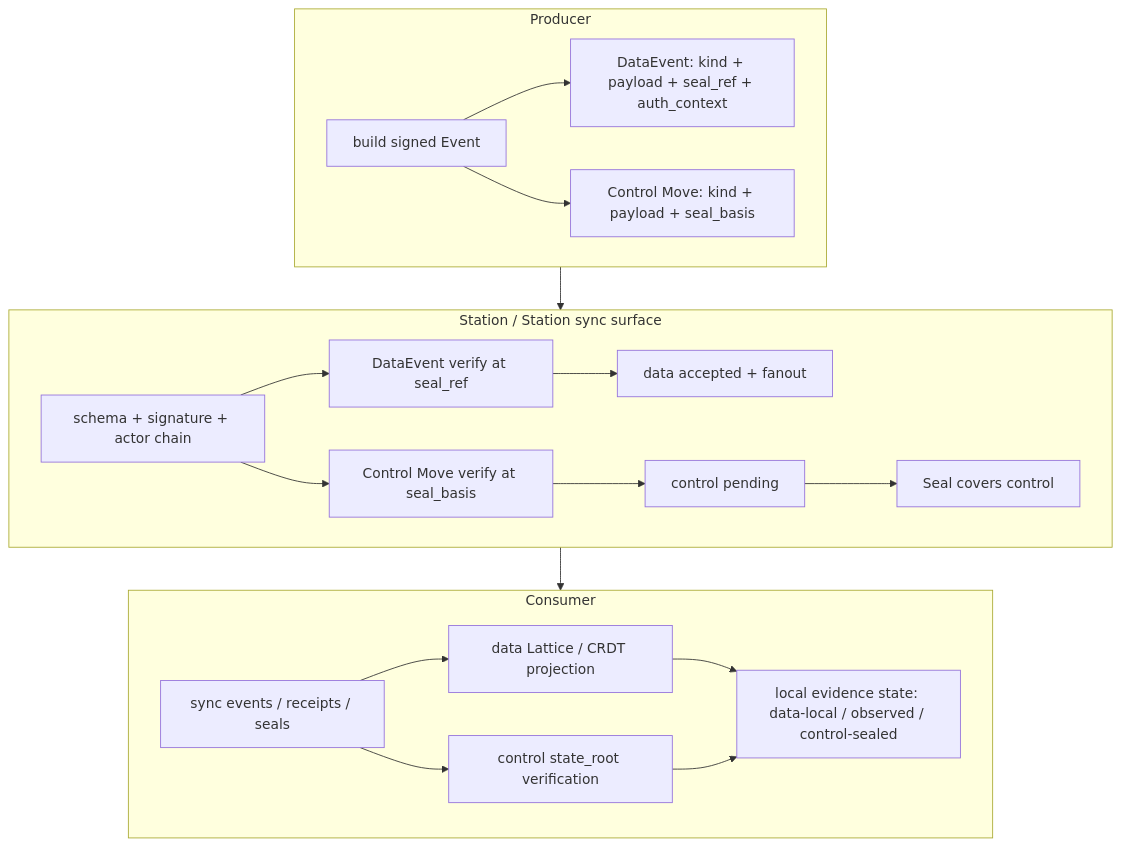
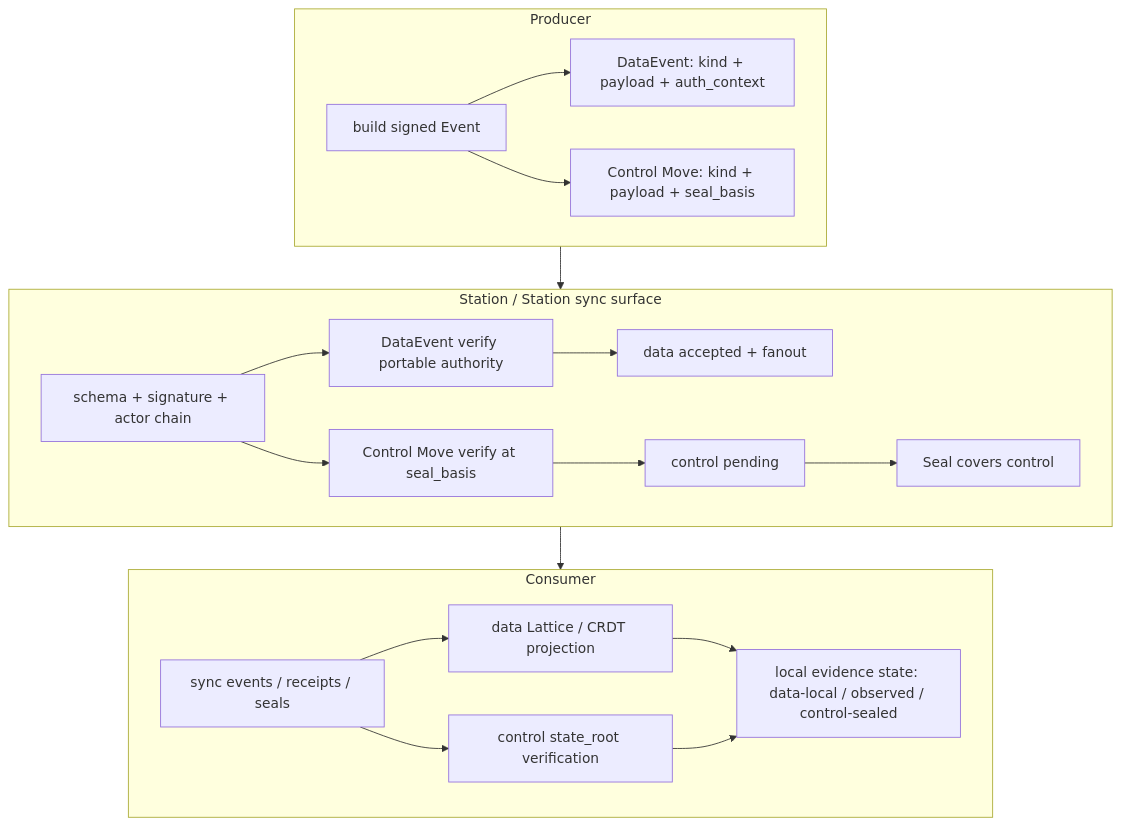
The diagram in spec/v1/zh/sync/operations-sync.md (arkret-org/arkret-spec), drawn with Mermaid before and after one commit. The commit also changed other lines of this file and 189 other files, not shown here.

Commit message:
Separate ordinary admission from sequenced safety state

````diff
--- a/spec/v1/zh/sync/operations-sync.md
+++ b/spec/v1/zh/sync/operations-sync.md
@@ -148,32 +142,32 @@
 ```mermaid
 flowchart TB
     subgraph P ["Producer"]
         P1["build signed Event"]
-        P2["DataEvent: kind + payload + seal_ref + auth_context"]
+        P2["DataEvent: kind + payload + auth_context"]
         P3["Control Move: kind + payload + seal_basis"]
         P1 --> P2
         P1 --> P3
     end
 
     subgraph S ["Station / Station sync surface"]
         S1["schema + signature + actor chain"]
-        S2["DataEvent verify at seal_ref"]
+        S2["DataEvent verify portable authority"]
         S3["Control Move verify at seal_basis"]
         S4["data accepted + fanout"]
         S5["control pending"]
         S6["Seal covers control"]
         S1 --> S2 --> S4
         S1 --> S3 --> S5 --> S6
     end
 
     subgraph C ["Consumer"]
         C1["sync events / receipts / seals"]
         C2["data Lattice / CRDT projection"]
         C3["control state_root verification"]
         C4["local evidence state: data-local / observed / control-sealed"]
         C1 --> C2 --> C4
         C1 --> C3 --> C4
     end
 
     P --> S --> C
 ```
````
